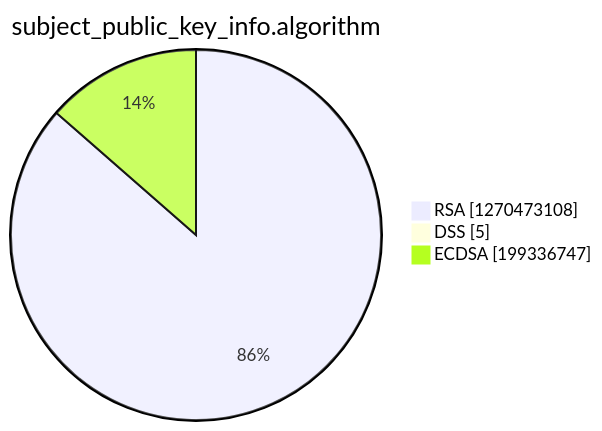
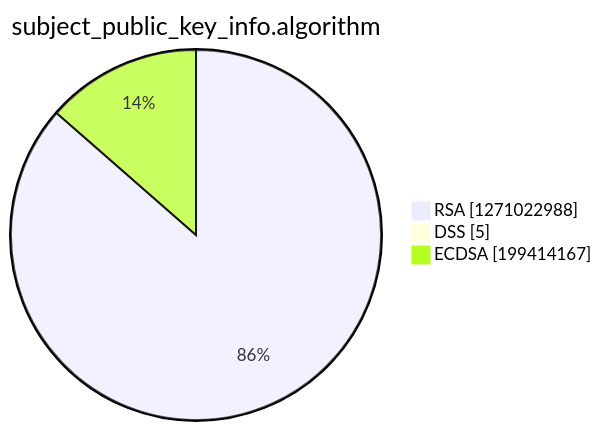
The third of 15 diagrams in argon2022/README.md (christiankrug/ctmonitor_visualization), drawn with Mermaid before and after one commit. The commit also changed other lines of this file, not shown here.

````diff
--- a/argon2022/README.md
+++ b/argon2022/README.md
@@ -14,7 +14,7 @@
 ```mermaid
 pie showData
 title subject_public_key_info.algorithm
-"RSA" :1270473108
+"RSA" :1271022988
 "DSS" :5
-"ECDSA" :199336747
+"ECDSA" :199414167
 ```
````
